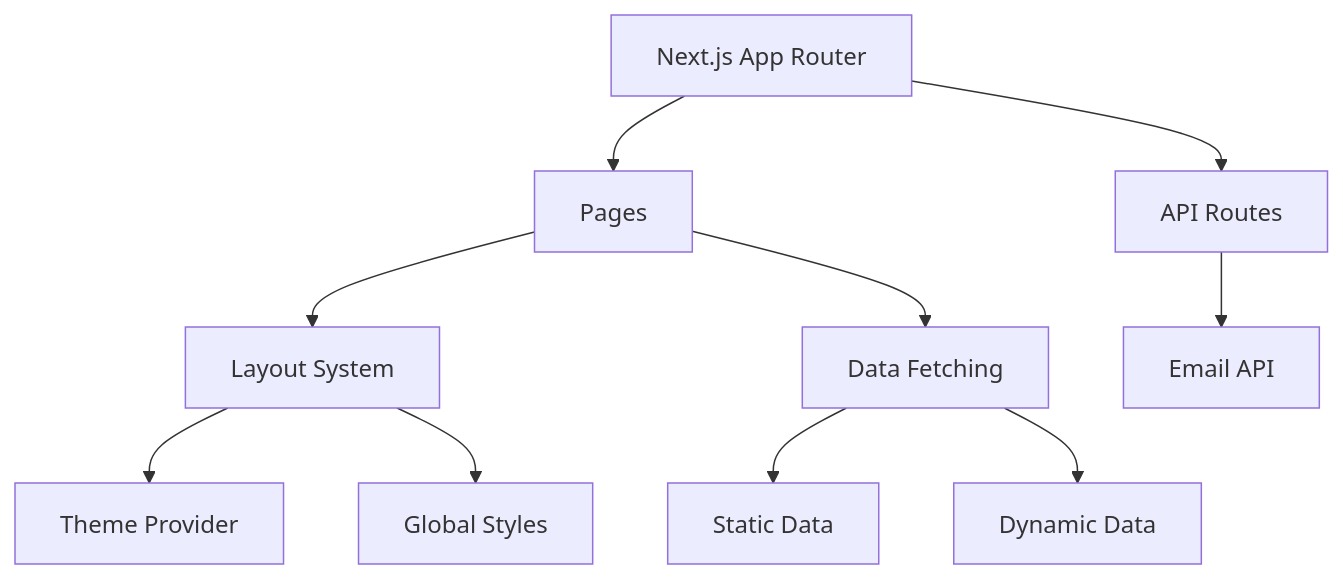
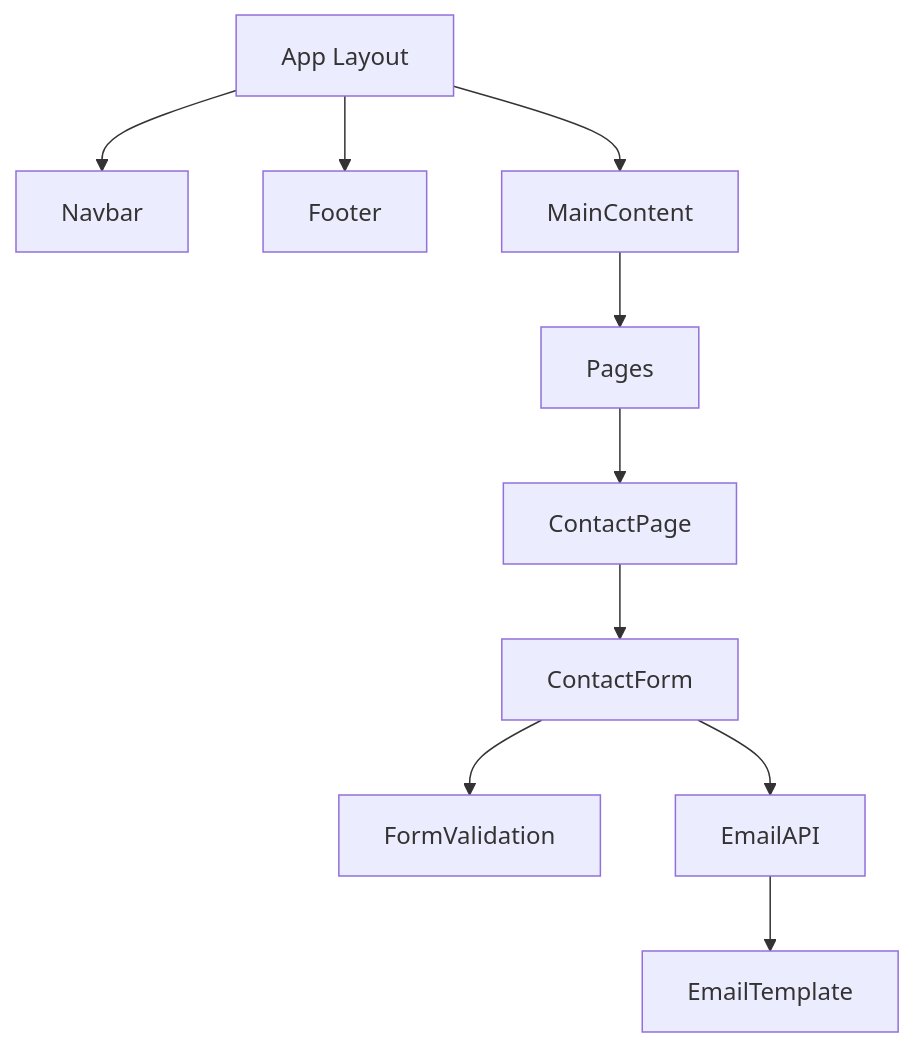
Before and after one commit to gitsoufiane/soufianechaoufi: the diagram in memory-bank/systemPatterns.md, drawn with Mermaid. The commit also changed other lines of this file and 5 other files, not shown here.

Commit message:
✨ feat(contact): implement contact form functionality and email integration

````diff
--- a/memory-bank/systemPatterns.md
+++ b/memory-bank/systemPatterns.md
@@ -4,12 +21,12 @@
 ```mermaid
 flowchart TD
-    A[Next.js App Router] --> B[Pages]
-    A --> C[API Routes]
-    B --> D[Layout System]
-    B --> E[Data Fetching]
-    C --> F[Email API]
-    D --> G[Theme Provider]
-    D --> H[Global Styles]
-    E --> I[Static Data]
-    E --> J[Dynamic Data]
+    Layout[App Layout] --> Navbar
+    Layout --> Footer
+    Layout --> MainContent
+    MainContent --> Pages
+    Pages --> ContactPage
+    ContactPage --> ContactForm
+    ContactForm --> FormValidation
+    ContactForm --> EmailAPI
+    EmailAPI --> EmailTemplate
 ```
````
